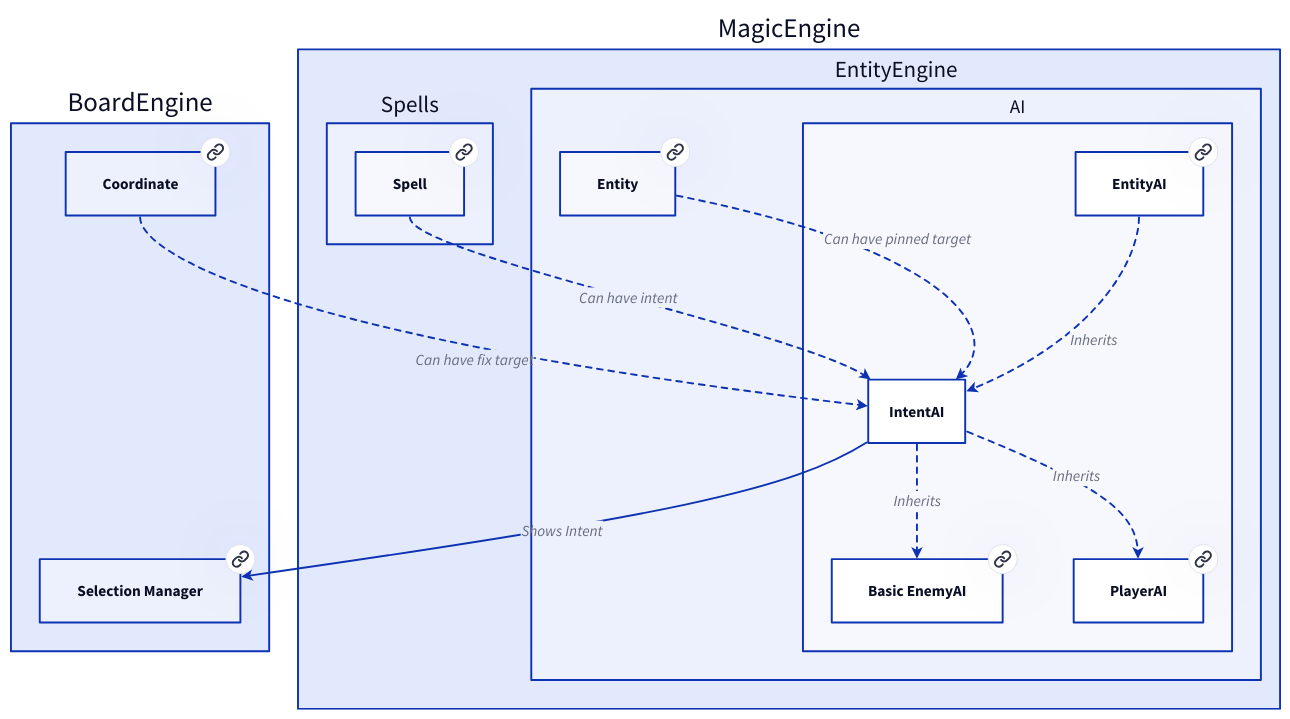
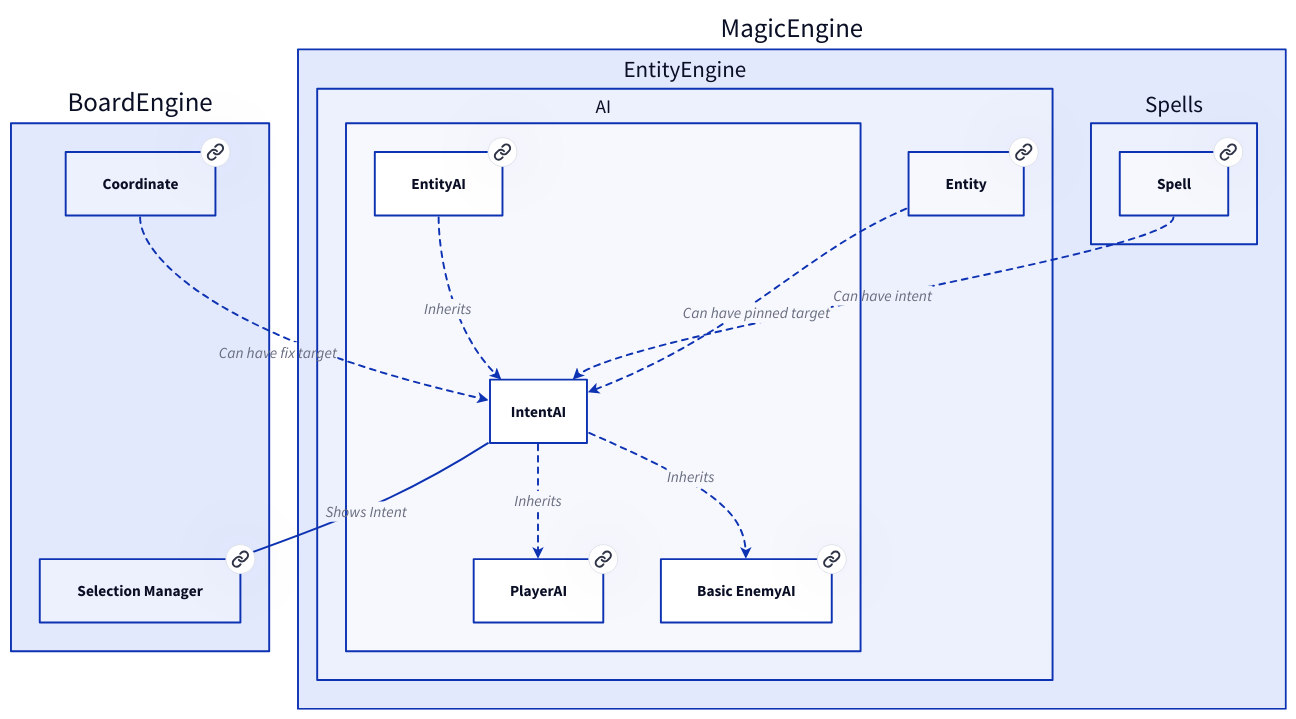
The diagram in doc/graphs/d2/IntentAI.d2 (Portevent/Brume-Documentation), drawn with D2 before and after one commit. The commit also changed other lines of this file and 92 other files, not shown here.

```diff
--- a/doc/graphs/d2/IntentAI.d2
+++ b/doc/graphs/d2/IntentAI.d2
@@ -1,62 +1,62 @@
 # Nodes :
 BoardEngine: {
     SelectionManager: Selection Manager {
        link: SelectionManager
     }
     Coordinate: Coordinate {
        link: Coordinate
     }
 }
 MagicEngine: {
-    Spells: {
-        Spell: Spell {
-           link: Spell
-        }
-    }
     EntityEngine: {
-        Entity: Entity {
-           link: Entity
-        }
         AI: {
+            PlayerAI: PlayerAI {
+               link: PlayerAI
+            }
             EntityAI: EntityAI {
                link: EntityAI
             }
             BasicEnemyAI: Basic EnemyAI {
                link: BasicEnemyAI
             }
-            PlayerAI: PlayerAI {
-               link: PlayerAI
-            }
+        }
+        Entity: Entity {
+           link: Entity
+        }
+    }
+    Spells: {
+        Spell: Spell {
+           link: Spell
         }
     }
 }
 
 # Links :
+MagicEngine.EntityEngine.AI.IntentAI -> MagicEngine.EntityEngine.AI.PlayerAI: Inherits {style.stroke-dash: 3
+source-arrowhead: {}
+target-arrowhead: {shape: arrow}
+}
 MagicEngine.EntityEngine.AI.IntentAI -> BoardEngine.SelectionManager: Shows Intent {
 source-arrowhead: {}
 target-arrowhead: {shape: arrow}
 }
 MagicEngine.EntityEngine.AI.EntityAI -> MagicEngine.EntityEngine.AI.IntentAI: Inherits {style.stroke-dash: 3
 source-arrowhead: {}
 target-arrowhead: {shape: arrow}
 }
 MagicEngine.Spells.Spell -> MagicEngine.EntityEngine.AI.IntentAI: Can have intent {style.stroke-dash: 3
 source-arrowhead: {}
 target-arrowhead: {shape: arrow}
 }
 MagicEngine.EntityEngine.Entity -> MagicEngine.EntityEngine.AI.IntentAI: Can have pinned target {style.stroke-dash: 3
 source-arrowhead: {}
 target-arrowhead: {shape: arrow}
 }
 BoardEngine.Coordinate -> MagicEngine.EntityEngine.AI.IntentAI: Can have fix target {style.stroke-dash: 3
 source-arrowhead: {}
 target-arrowhead: {shape: arrow}
 }
 MagicEngine.EntityEngine.AI.IntentAI -> MagicEngine.EntityEngine.AI.BasicEnemyAI: Inherits {style.stroke-dash: 3
 source-arrowhead: {}
 target-arrowhead: {shape: arrow}
 }
-MagicEngine.EntityEngine.AI.IntentAI -> MagicEngine.EntityEngine.AI.PlayerAI: Inherits {style.stroke-dash: 3
-source-arrowhead: {}
-target-arrowhead: {shape: arrow}
-}
```
